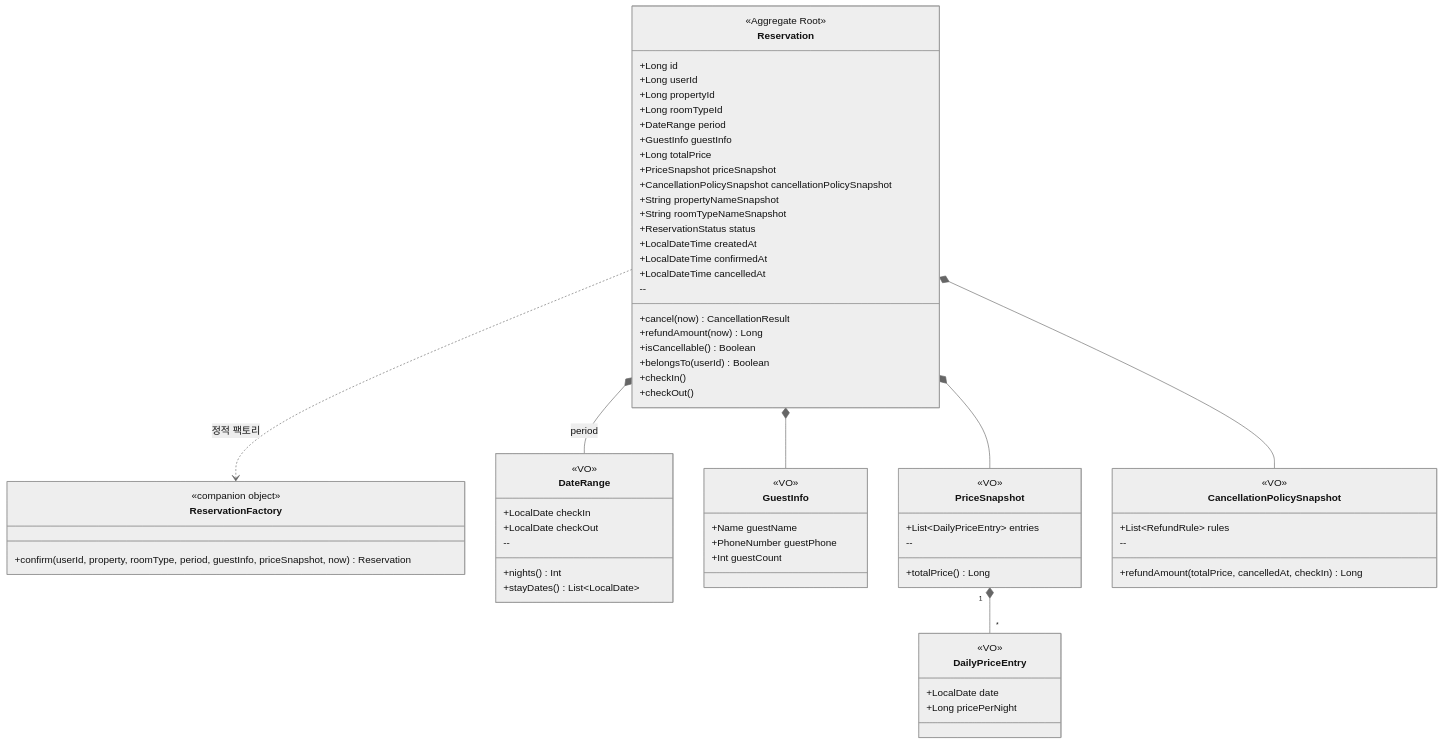
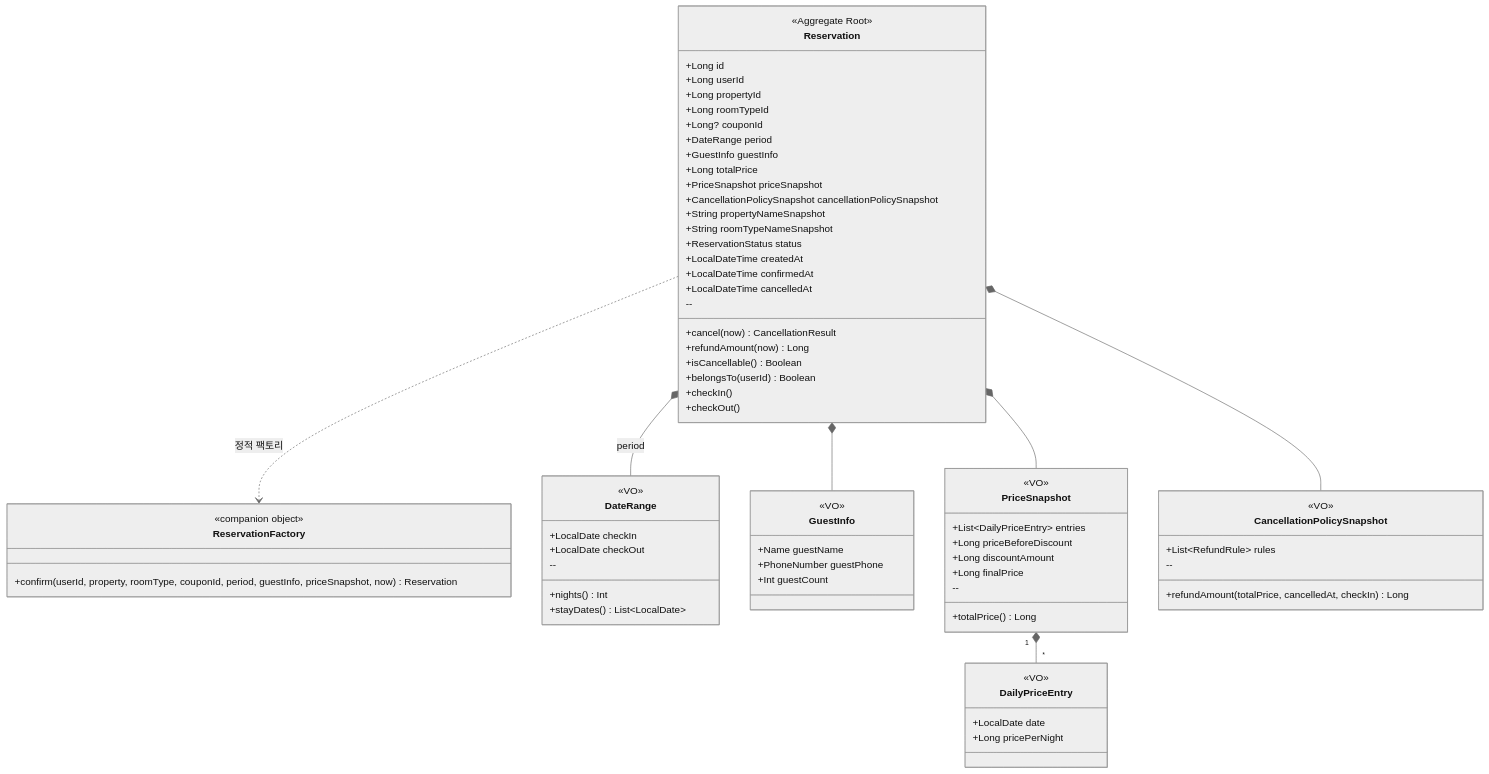
The fourth of 7 diagrams in docs/design/03-class-diagram.md (APapeIsName/stay-reservation-service), drawn with Mermaid (neutral theme) before and after one commit. The commit also changed other lines of this file and 5 other files, not shown here.

````diff
--- a/docs/design/03-class-diagram.md
+++ b/docs/design/03-class-diagram.md
@@ -316,76 +335,80 @@
 ```mermaid
 classDiagram
     class Reservation {
         <<Aggregate Root>>
         +Long id
         +Long userId
         +Long propertyId
         +Long roomTypeId
+        +Long? couponId
         +DateRange period
         +GuestInfo guestInfo
         +Long totalPrice
         +PriceSnapshot priceSnapshot
         +CancellationPolicySnapshot cancellationPolicySnapshot
         +String propertyNameSnapshot
         +String roomTypeNameSnapshot
         +ReservationStatus status
         +LocalDateTime createdAt
         +LocalDateTime confirmedAt
         +LocalDateTime cancelledAt
         --
         +cancel(now) CancellationResult
         +refundAmount(now) Long
         +isCancellable() Boolean
         +belongsTo(userId) Boolean
         +checkIn()
         +checkOut()
     }
 
     class ReservationFactory {
         <<companion object>>
-        +confirm(userId, property, roomType, period, guestInfo, priceSnapshot, now) Reservation
+        +confirm(userId, property, roomType, couponId, period, guestInfo, priceSnapshot, now) Reservation
     }
 
     class DateRange {
         <<VO>>
         +LocalDate checkIn
         +LocalDate checkOut
         --
         +nights() Int
         +stayDates() List~LocalDate~
     }
 
     class GuestInfo {
         <<VO>>
         +Name guestName
         +PhoneNumber guestPhone
         +Int guestCount
     }
 
     class PriceSnapshot {
         <<VO>>
         +List~DailyPriceEntry~ entries
+        +Long priceBeforeDiscount
+        +Long discountAmount
+        +Long finalPrice
         --
         +totalPrice() Long
     }
 
     class DailyPriceEntry {
         <<VO>>
         +LocalDate date
         +Long pricePerNight
     }
 
     class CancellationPolicySnapshot {
         <<VO>>
         +List~RefundRule~ rules
         --
         +refundAmount(totalPrice, cancelledAt, checkIn) Long
     }
 
     Reservation *-- DateRange : period
     Reservation *-- GuestInfo
     Reservation *-- PriceSnapshot
     PriceSnapshot "1" *-- "*" DailyPriceEntry
     Reservation *-- CancellationPolicySnapshot
     Reservation ..> ReservationFactory : 정적 팩토리
 ```
````
